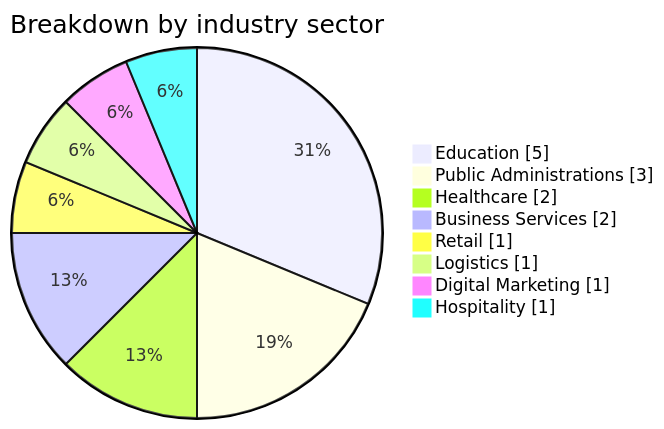
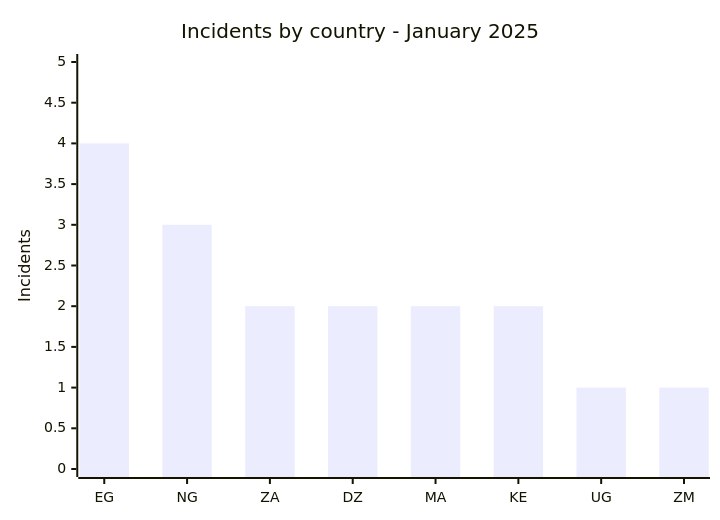
The second of 7 diagrams in CyberAttackAfrica/2025/01-january/README.md (Hatchepsoute/AFRINTEL), drawn with Mermaid before and after one commit. The commit also changed other lines of this file and 45 other files, not shown here.

````diff
--- a/CyberAttackAfrica/2025/01-january/README.md
+++ b/CyberAttackAfrica/2025/01-january/README.md
@@ -56,12 +88,7 @@
 ```mermaid
-pie showData
-    title Breakdown by industry sector
-    "Education" : 5
-    "Public Administrations" : 3
-    "Healthcare" : 2
-    "Business Services" : 2
-    "Retail" : 1
-    "Logistics" : 1
-    "Digital Marketing" : 1
-    "Hospitality" : 1
+xychart-beta
+    title "Incidents by country - January 2025"
+    x-axis ["EG", "NG", "ZA", "DZ", "MA", "KE", "UG", "ZM"]
+    y-axis "Incidents" 0 --> 5
+    bar [4, 3, 2, 2, 2, 2, 1, 1]
 ```
````
